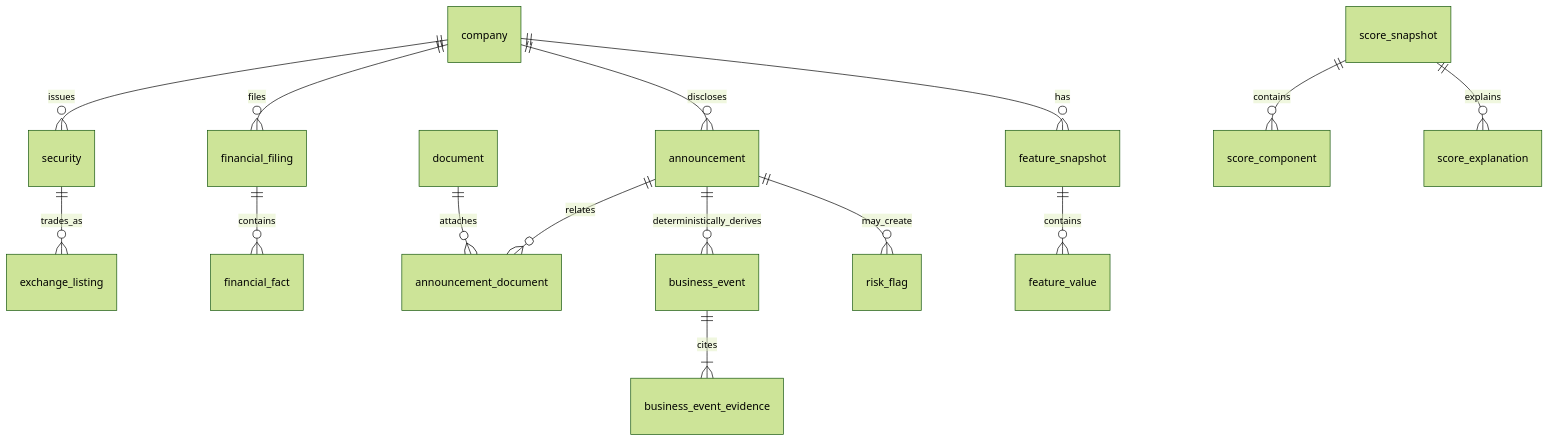
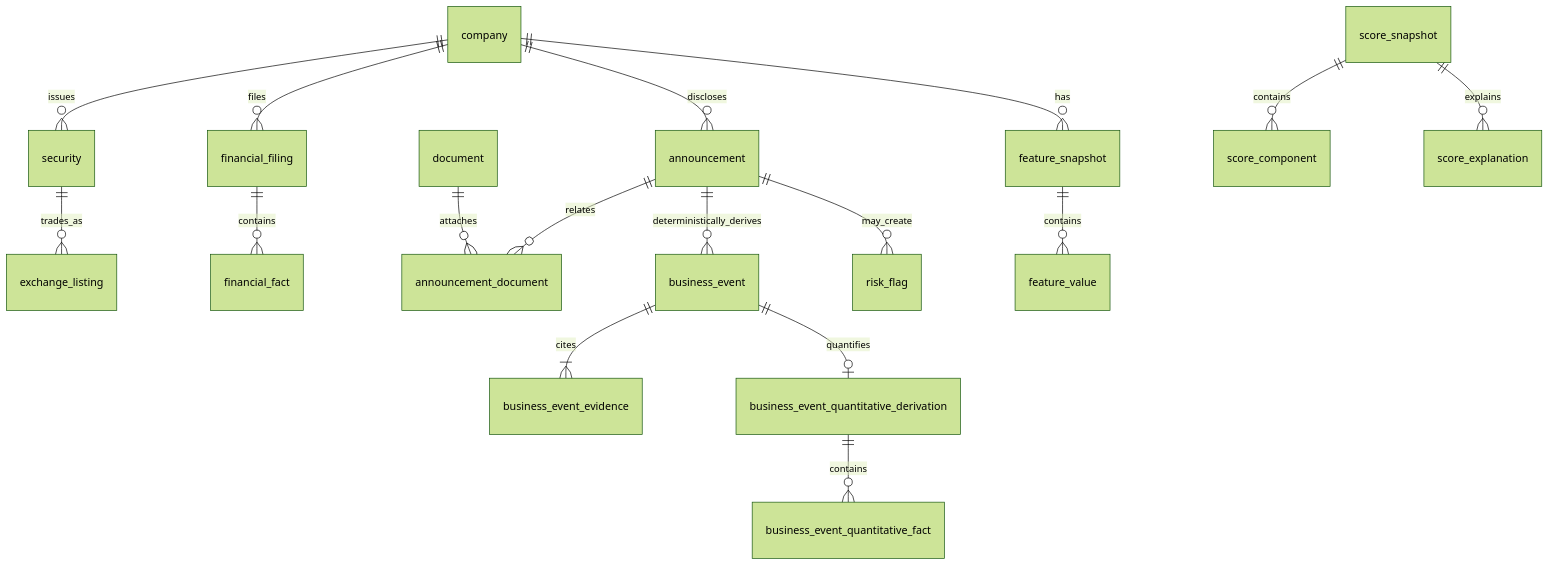
Before and after one commit to sashank-810/Inflector: the diagram in docs/data-model.md, drawn with Mermaid (forest theme). The commit also changed other lines of this file and 13 other files, not shown here.

Commit message:
feat: add deterministic quantitative event facts

````diff
--- a/docs/data-model.md
+++ b/docs/data-model.md
@@ -19,17 +19,19 @@
 ```mermaid
 erDiagram
   company ||--o{ security : issues
   security ||--o{ exchange_listing : trades_as
   company ||--o{ financial_filing : files
   financial_filing ||--o{ financial_fact : contains
   company ||--o{ announcement : discloses
   announcement ||--o{ announcement_document : relates
   document ||--o{ announcement_document : attaches
   announcement ||--o{ business_event : deterministically_derives
   business_event ||--|{ business_event_evidence : cites
+  business_event ||--o| business_event_quantitative_derivation : quantifies
+  business_event_quantitative_derivation ||--o{ business_event_quantitative_fact : contains
   announcement ||--o{ risk_flag : may_create
   company ||--o{ feature_snapshot : has
   feature_snapshot ||--o{ feature_value : contains
   score_snapshot ||--o{ score_component : contains
   score_snapshot ||--o{ score_explanation : explains
 ```
````
